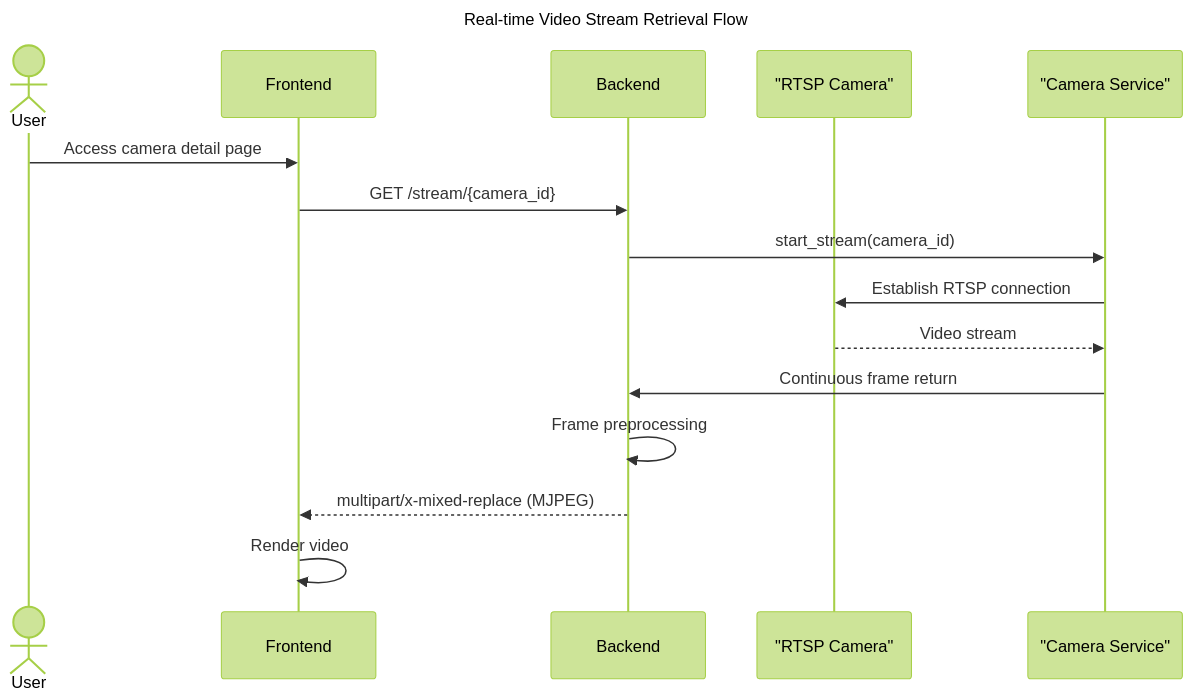
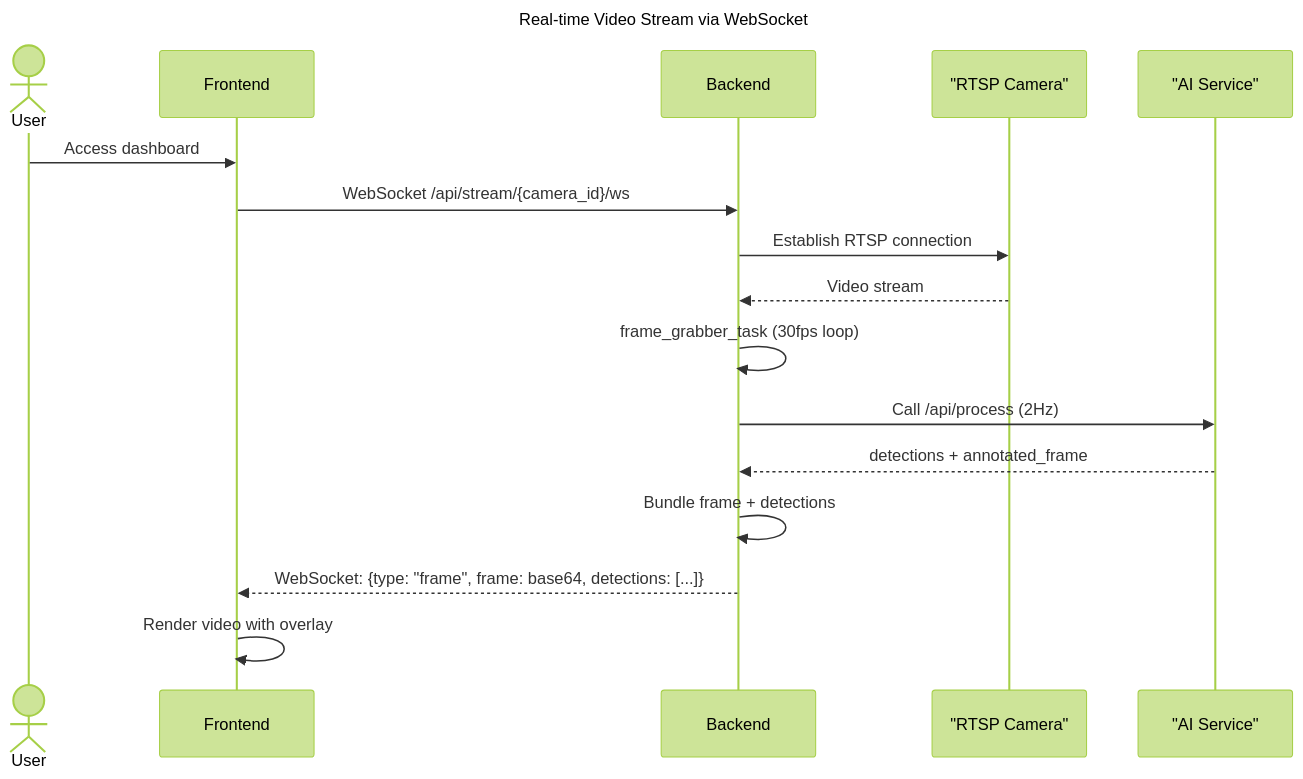
Before and after one commit to yaweiyang-sz/EASYAI: the first of 16 diagrams in design/03-sequence-diagrams.md, drawn with Mermaid (forest theme). The commit also changed other lines of this file and 3 other files, not shown here.

````diff
--- a/design/03-sequence-diagrams.md
+++ b/design/03-sequence-diagrams.md
@@ -23,19 +23,20 @@
 ```mermaid
 sequenceDiagram
-    title Real-time Video Stream Retrieval Flow
+    title Real-time Video Stream via WebSocket
     actor User
     participant Frontend
     participant Backend
     participant "RTSP Camera"
-    participant "Camera Service"
+    participant "AI Service"
 
-    User->>Frontend: Access camera detail page
-    Frontend->>Backend: GET /stream/{camera_id}
-    Backend->>"Camera Service": start_stream(camera_id)
-    "Camera Service"->>"RTSP Camera": Establish RTSP connection
-    "RTSP Camera"-->>"Camera Service": Video stream
-    "Camera Service"->>Backend: Continuous frame return
-    Backend->>Backend: Frame preprocessing
-    Backend-->>Frontend: multipart/x-mixed-replace (MJPEG)
-    Frontend->>Frontend: Render video
+    User->>Frontend: Access dashboard
+    Frontend->>Backend: WebSocket /api/stream/{camera_id}/ws
+    Backend->>"RTSP Camera": Establish RTSP connection
+    "RTSP Camera"-->>Backend: Video stream
+    Backend->>Backend: frame_grabber_task (30fps loop)
+    Backend->>"AI Service": Call /api/process (2Hz)
+    "AI Service"-->>Backend: detections + annotated_frame
+    Backend->>Backend: Bundle frame + detections
+    Backend-->>Frontend: WebSocket: {type: "frame", frame: base64, detections: [...]}
+    Frontend->>Frontend: Render video with overlay
 ```
````
